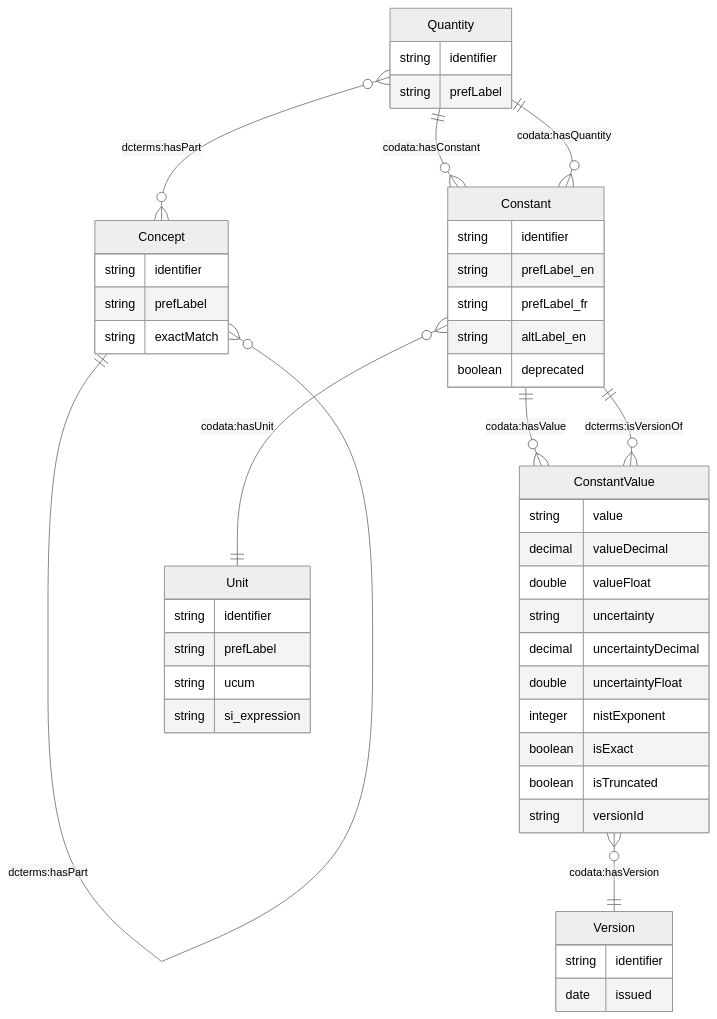
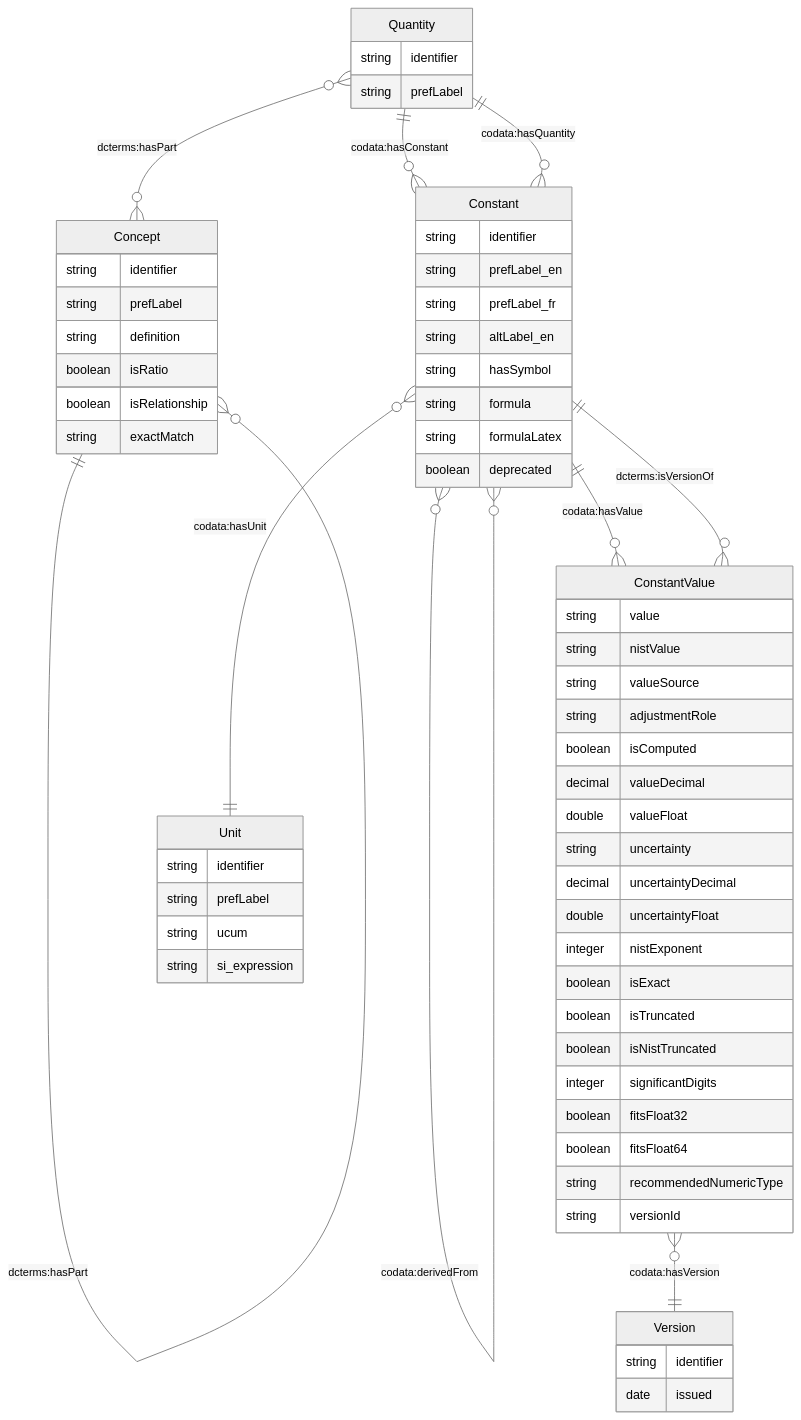
Before and after one commit to codata/drum-constants: the diagram in docs/CODATA_CONSTANTS_MODEL.md, drawn with Mermaid (neutral theme). The commit also changed other lines of this file and 32 other files, not shown here.

Commit message:
feat: add formula engine, determination role taxonomy, and two-source precision model for v0.4.0

````diff
--- a/docs/CODATA_CONSTANTS_MODEL.md
+++ b/docs/CODATA_CONSTANTS_MODEL.md
@@ -73,56 +90,72 @@
 ```mermaid
 erDiagram
     Concept ||--o{ Concept : "skos:broader"
     Concept ||--o{ Concept : "dcterms:hasPart"
     Quantity }o--o{ Concept : "dcterms:hasPart"
     Quantity ||--o{ Constant : "codata:hasConstant"
     Constant }o--|| Quantity : "codata:hasQuantity"  
+    Constant }o--o{ Constant : "codata:derivedFrom"
     Constant ||--o{ ConstantValue : "codata:hasValue"
     Constant }o--|| Unit : "codata:hasUnit"
     ConstantValue }o--|| Constant : "dcterms:isVersionOf"
     ConstantValue }o--|| Version : "codata:hasVersion"
     
     Concept {
         string identifier
         string prefLabel
+        string definition
+        boolean isRatio
+        boolean isRelationship
         string exactMatch
     }
     
     Quantity {
         string identifier
         string prefLabel
     }
     
     Constant {
         string identifier
         string prefLabel_en
         string prefLabel_fr
         string altLabel_en
+        string hasSymbol
+        string formula
+        string formulaLatex
         boolean deprecated
     }
     
     Unit {
         string identifier
         string prefLabel
         string ucum
         string si_expression
     }
     
     Version {
         string identifier
         date issued
     }
     
     ConstantValue {
         string value
+        string nistValue
+        string valueSource
+        string adjustmentRole
+        boolean isComputed
         decimal valueDecimal
         double valueFloat
         string uncertainty
         decimal uncertaintyDecimal
         double uncertaintyFloat
         integer nistExponent
         boolean isExact
         boolean isTruncated
+        boolean isNistTruncated
+        integer significantDigits
+        boolean fitsFloat32
+        boolean fitsFloat64
+        string recommendedNumericType
         string versionId
     }
 ```
````
